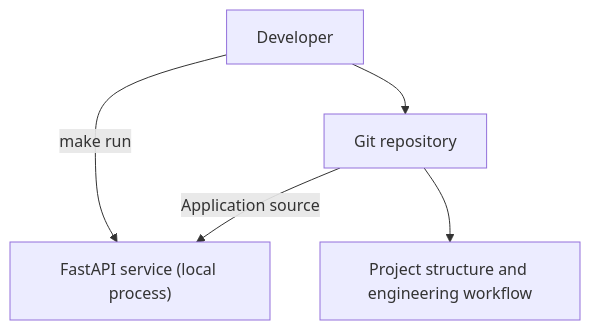
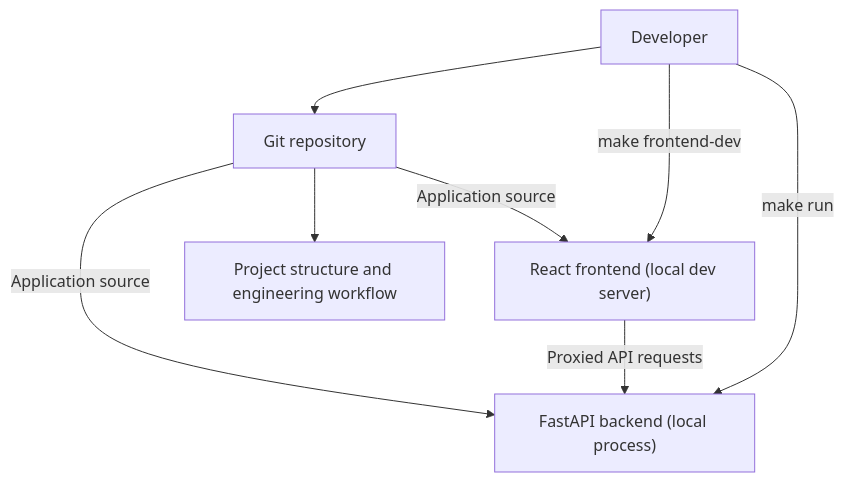
Before and after one commit to jddemonteverde/One-Serious-Project: the first of 5 diagrams in docs/architecture/overview.md, drawn with Mermaid. The commit also changed other lines of this file and 1 other file, not shown here.

First line of the commit message:
docs(project): document frontend development and current architecture

````diff
--- a/docs/architecture/overview.md
+++ b/docs/architecture/overview.md
@@ -17,7 +18,10 @@
 ```mermaid
 flowchart TD
-  developer["Developer"] -->|make run| application["FastAPI service (local process)"]
+  developer["Developer"] -->|make run| backend["FastAPI backend (local process)"]
+  developer -->|make frontend-dev| frontend["React frontend (local dev server)"]
+  frontend -->|Proxied API requests| backend
   developer --> repository["Git repository"]
-  repository -->|Application source| application
+  repository -->|Application source| backend
+  repository -->|Application source| frontend
   repository --> workflow["Project structure and engineering workflow"]
 ```
````
